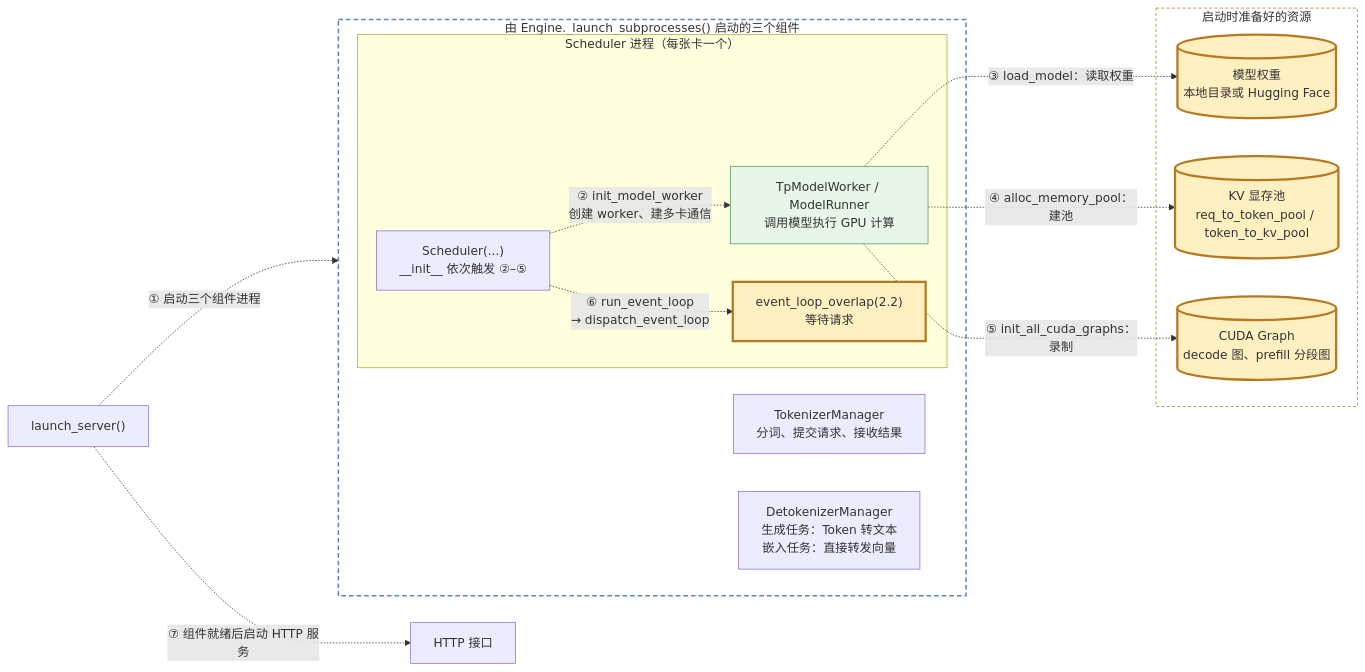
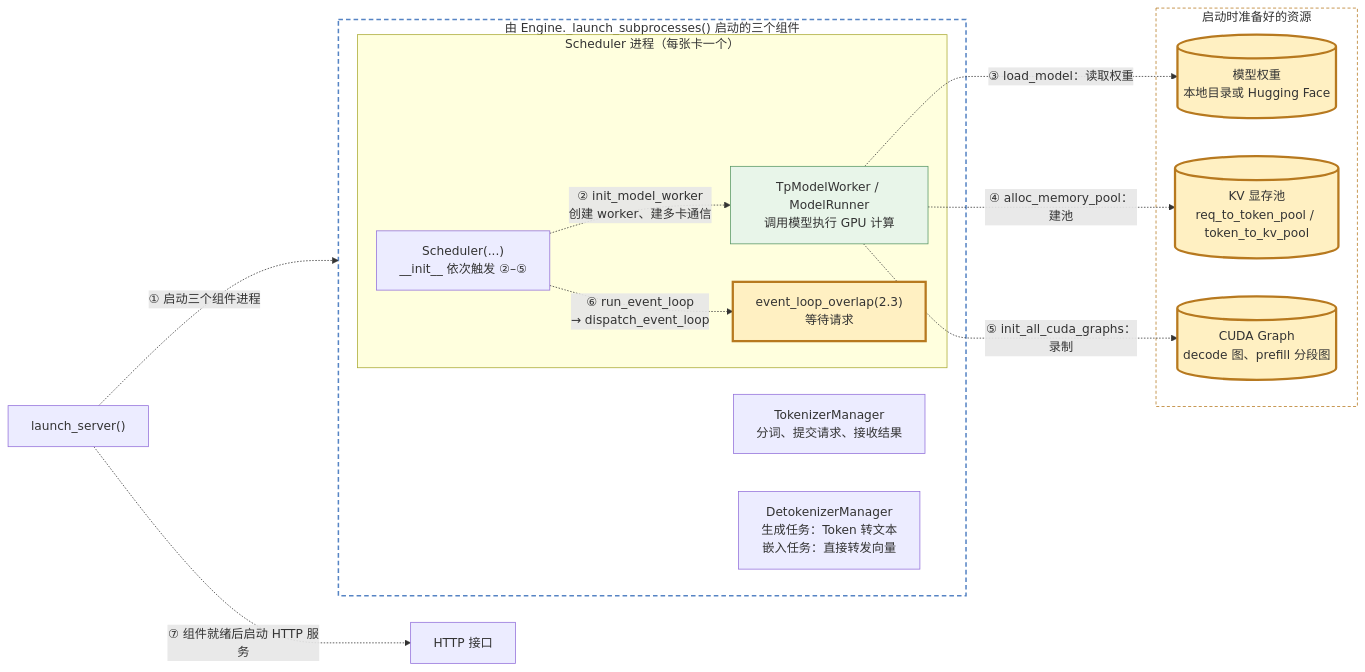
Before and after one commit to dugenkui03/sglang: the first of 9 diagrams in user_guide_zh/基础知识二：一次推理的全过程（启动、组批、前向与采样）.md, drawn with Mermaid. The commit also changed other lines of this file and 11 other files, not shown here.

````diff
--- a/user_guide_zh/基础知识二：一次推理的全过程（启动、组批、前向与采样）.md
+++ b/user_guide_zh/基础知识二：一次推理的全过程（启动、组批、前向与采样）.md
@@ -18,31 +19,31 @@
 ```mermaid
 flowchart LR
     L["launch_server()"]
     subgraph Components["由 Engine._launch_subprocesses() 启动的三个组件"]
         T["TokenizerManager<br/>分词、提交请求、接收结果"]
         subgraph S["Scheduler 进程（每张卡一个）"]
             SI["Scheduler(...)<br/>__init__ 依次触发 ②–⑤"]
             M["TpModelWorker / ModelRunner<br/>调用模型执行 GPU 计算"]
-            LOOP["event_loop_overlap(2.2)<br/>等待请求"]
+            LOOP["event_loop_overlap(2.3)<br/>等待请求"]
         end
         D["DetokenizerManager<br/>生成任务：Token 转文本<br/>嵌入任务：直接转发向量"]
     end
     subgraph RES["启动时准备好的资源"]
         W[("模型权重<br/>本地目录或 Hugging Face")]
         POOL[("KV 显存池<br/>req_to_token_pool / token_to_kv_pool")]
         CG[("CUDA Graph<br/>decode 图、prefill 分段图")]
     end
     H["HTTP 接口"]
     L -.->|"① 启动三个组件进程"| Components
     SI -.->|"② init_model_worker<br/>创建 worker、建多卡通信"| M
     M -.->|"③ load_model：读取权重"| W
     M -.->|"④ alloc_memory_pool：建池"| POOL
     M -.->|"⑤ init_all_cuda_graphs：录制"| CG
     SI -.->|"⑥ run_event_loop<br/>→ dispatch_event_loop"| LOOP
     L -.->|"⑦ 组件就绪后启动 HTTP 服务"| H
     style Components fill:none,stroke:#5684c4,stroke-width:2px,stroke-dasharray:6 4
     style M fill:#e8f5e9,stroke:#589765
     style RES fill:none,stroke:#b7791f,stroke-dasharray:4 3
     classDef cur fill:#fff0c2,stroke:#b7791f,stroke-width:3px
     class W,POOL,CG,LOOP cur
 ```
````
